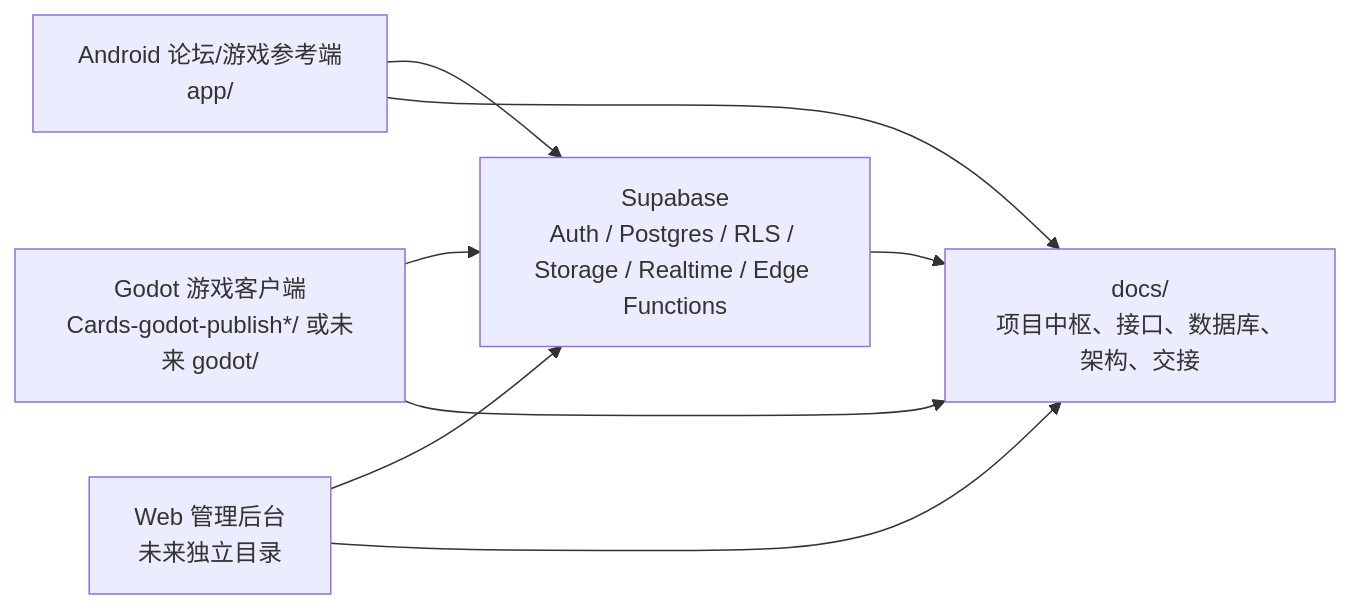
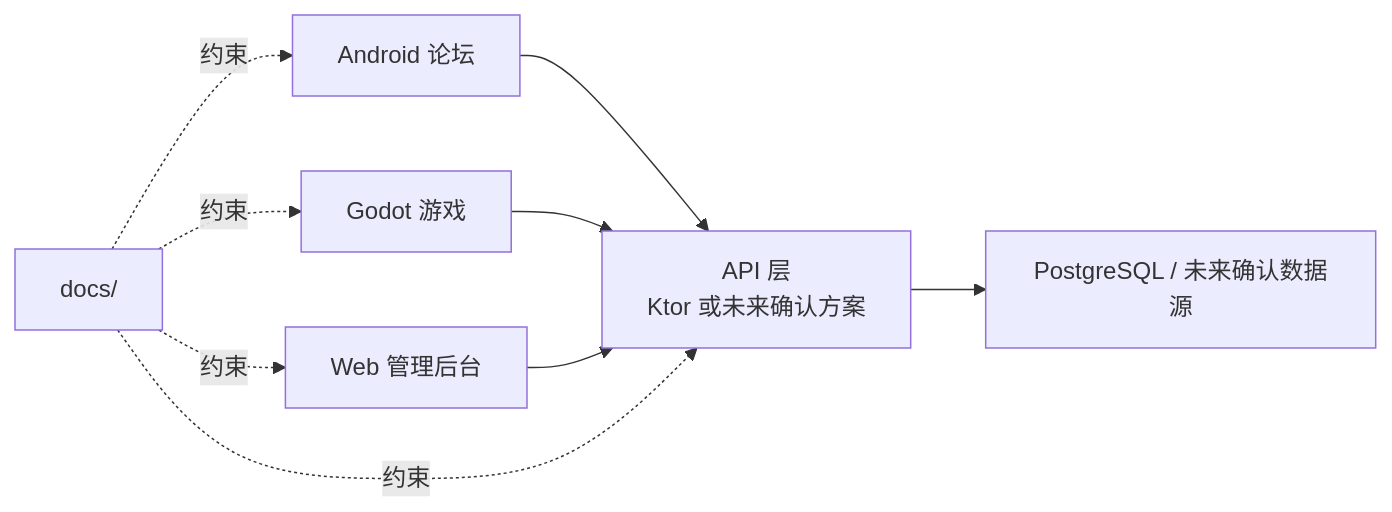
The diagram in docs/ARCHITECTURE.md (RuJ1Y/Cards-All), drawn with Mermaid before and after one commit. The commit also changed other lines of this file and 4 other files, not shown here.

````diff
--- a/docs/ARCHITECTURE.md
+++ b/docs/ARCHITECTURE.md
@@ -45,16 +16,18 @@
 ```mermaid
 flowchart LR
-    Android["Android 论坛/游戏参考端\napp/"]
-    Godot["Godot 游戏客户端\nCards-godot-publish*/ 或未来 godot/"]
-    Admin["Web 管理后台\n未来独立目录"]
-    Supabase["Supabase\nAuth / Postgres / RLS / Storage / Realtime / Edge Functions"]
-    Docs["docs/\n项目中枢、接口、数据库、架构、交接"]
+    Android["Android 论坛"]
+    Godot["Godot 游戏"]
+    Admin["Web 管理后台"]
+    Api["API 层\nKtor 或未来确认方案"]
+    Db["PostgreSQL / 未来确认数据源"]
+    Docs["docs/"]
 
-    Android --> Supabase
-    Godot --> Supabase
-    Admin --> Supabase
-    Android --> Docs
-    Godot --> Docs
-    Admin --> Docs
-    Supabase --> Docs
+    Android --> Api
+    Godot --> Api
+    Admin --> Api
+    Api --> Db
+    Docs -.约束.-> Android
+    Docs -.约束.-> Godot
+    Docs -.约束.-> Admin
+    Docs -.约束.-> Api
 ```
````
